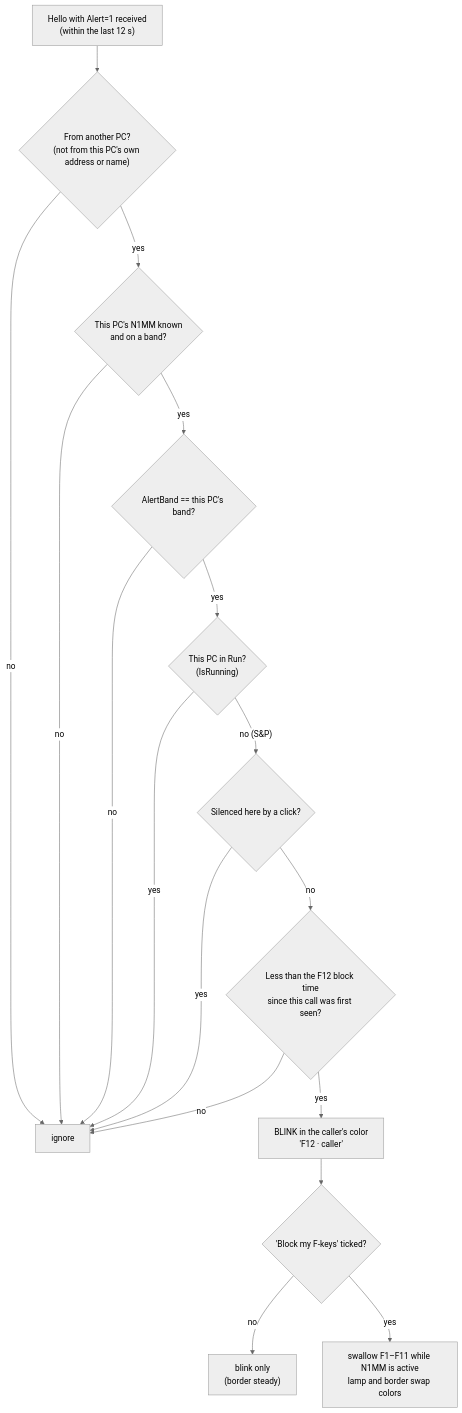
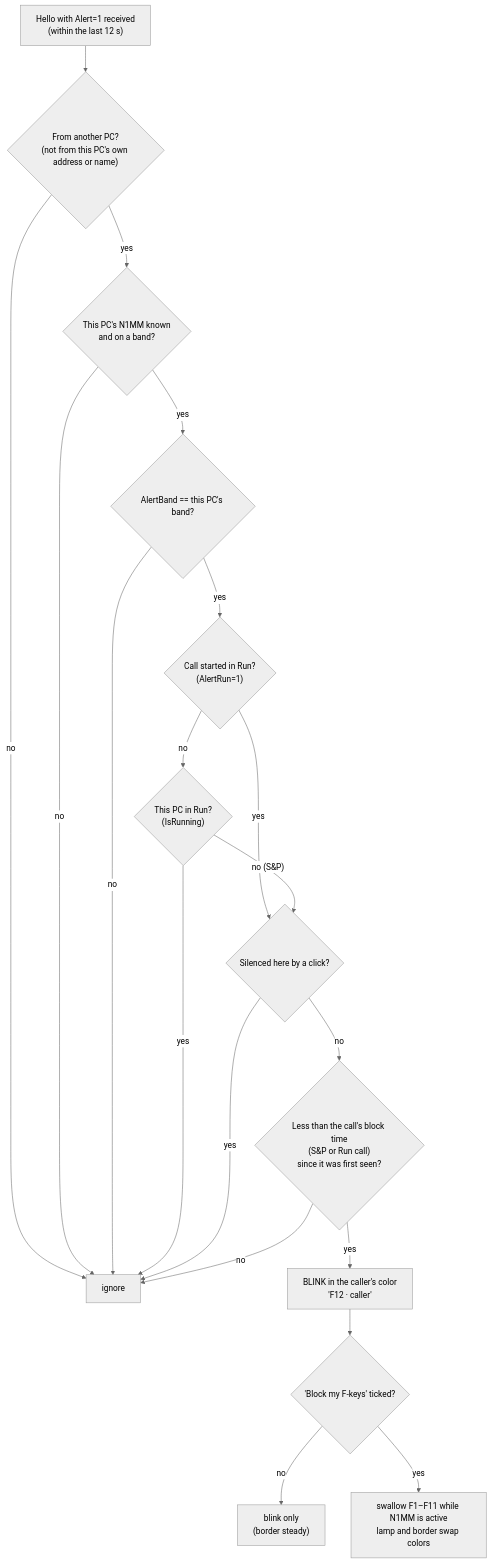
One commit to s55oo/N1MMPingPong changed the fifth of 7 diagrams in docs/COMMUNICATION.md. Above: the diagram before and after it, drawn with Mermaid (neutral theme). The commit also changed other lines of this file and 4 other files, not shown here.

First line of the commit message:
v1.50: Run F12 call reaches all stations with its own block time (default 5 s); S&P call as before

````diff
--- a/docs/COMMUNICATION.md
+++ b/docs/COMMUNICATION.md
@@ -237,19 +247,21 @@
 ```mermaid
 flowchart TD
     A["Hello with Alert=1 received<br/>(within the last 12 s)"] --> B{"From another PC?<br/>(not from this PC's own address or name)"}
     B -- no --> X["ignore"]
     B -- yes --> C{"This PC's N1MM known<br/>and on a band?"}
     C -- no --> X
     C -- yes --> D{"AlertBand == this PC's band?"}
     D -- no --> X
-    D -- yes --> E{"This PC in Run?<br/>(IsRunning)"}
+    D -- yes --> R{"Call started in Run?<br/>(AlertRun=1)"}
+    R -- yes --> F
+    R -- no --> E{"This PC in Run?<br/>(IsRunning)"}
     E -- yes --> X
     E -- "no (S&P)" --> F{"Silenced here by a click?"}
     F -- yes --> X
-    F -- no --> T{"Less than the F12 block time<br/>since this call was first seen?"}
+    F -- no --> T{"Less than the call's block time<br/>(S&P or Run call)<br/>since it was first seen?"}
     T -- no --> X
     T -- yes --> G["BLINK in the caller's color<br/>'F12 · caller'"]
     G --> H{"'Block my F-keys' ticked?"}
     H -- no --> I["blink only<br/>(border steady)"]
     H -- yes --> J["swallow F1–F11 while N1MM is active<br/>lamp and border swap colors"]
 ```
````
